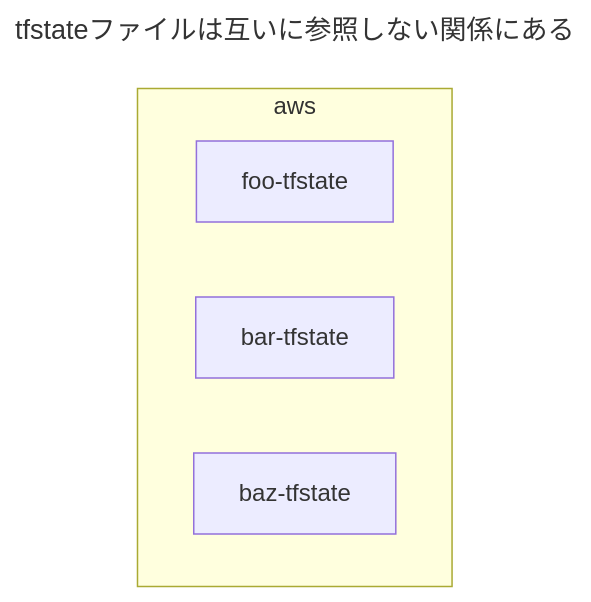
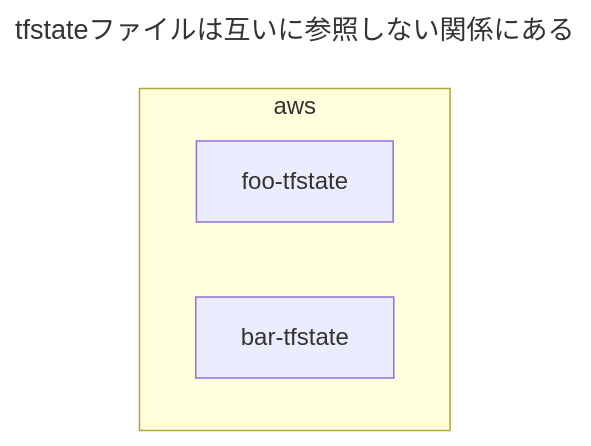
The first of 4 diagrams in dist/draft/Terraformのディレクトリ設計とtfstateファイルの分割戦略.md (hiroki-it/hatenablog), drawn with Mermaid before and after one commit. The commit also changed other lines of this file, not shown here.

````diff
--- a/dist/draft/Terraformのディレクトリ設計とtfstateファイルの分割戦略.md
+++ b/dist/draft/Terraformのディレクトリ設計とtfstateファイルの分割戦略.md
@@ -62,12 +62,11 @@
 ```mermaid
 ---
 title: tfstateファイルは互いに参照しない関係にある
 ---
 %%{init:{'theme':'natural'}}%%
 flowchart TB
     subgraph aws
         Foo[foo-tfstate]
         Bar[bar-tfstate]
-        Baz[baz-tfstate]
     end
 ```
````
